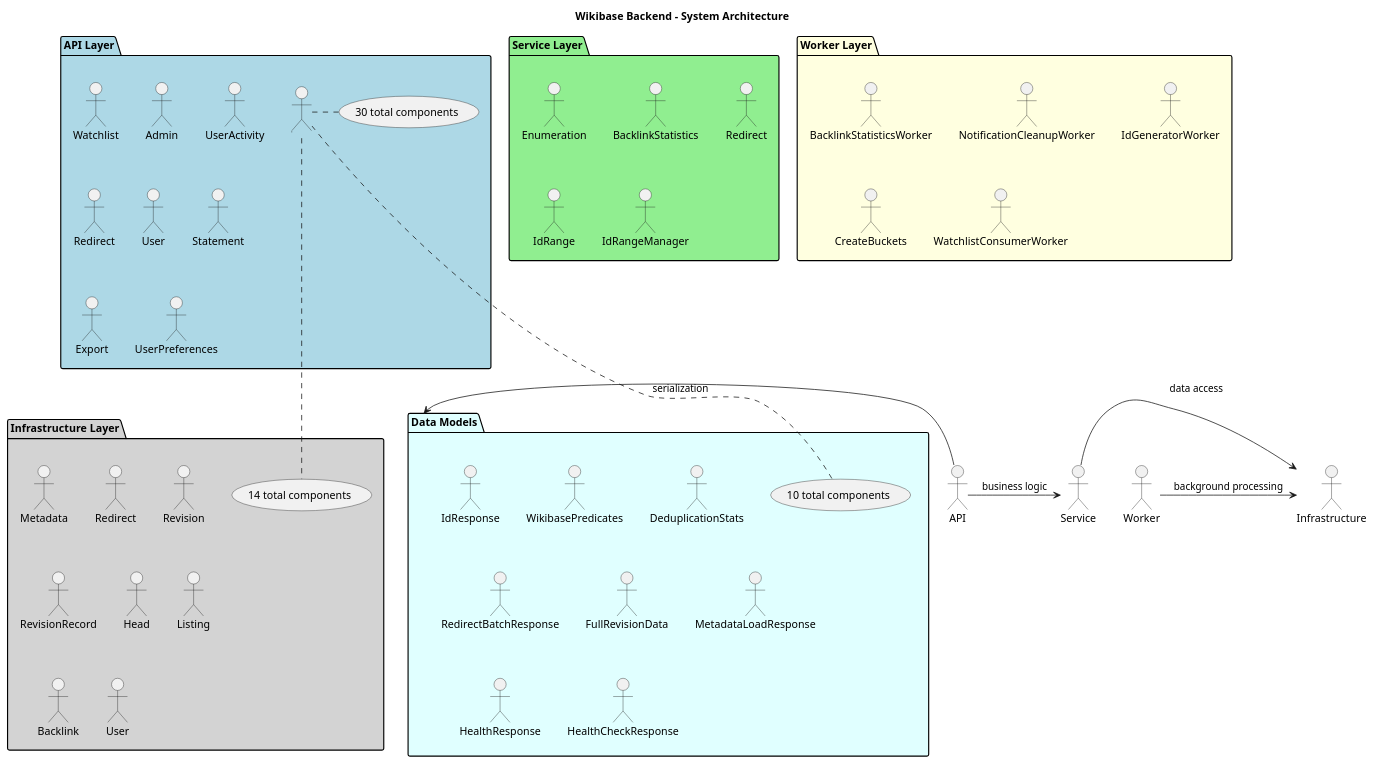
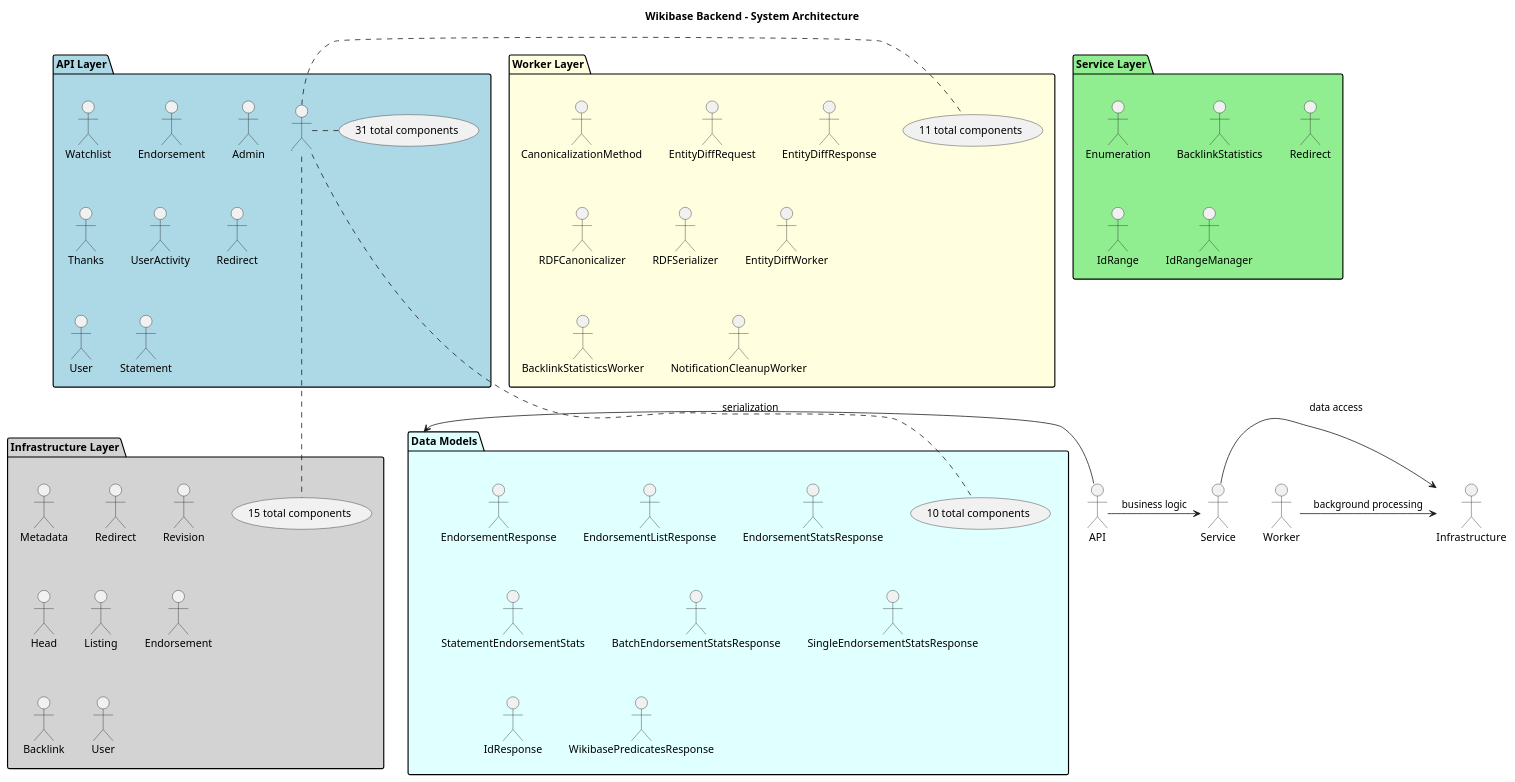
The diagram in doc/DIAGRAMS/system_architecture.puml (dpriskorn/entitybase-backend), drawn with PlantUML before and after one commit. The commit also changed 12 other files, not shown here.

```diff
--- a/doc/DIAGRAMS/system_architecture.puml
+++ b/doc/DIAGRAMS/system_architecture.puml
@@ -1,64 +1,68 @@
 @startuml System Architecture
 
 title Wikibase Backend - System Architecture
 
 package "API Layer" as APILayer #LightBlue {
     "Watchlist" as WatchlistHandler
+    "Endorsement" as EndorsementHandler
     "Admin" as AdminHandler
+    "Thanks" as ThanksHandler
     "UserActivity" as UserActivityHandler
     "Redirect" as RedirectHandler
     "User" as UserHandler
     "Statement" as StatementHandler
-    "Export" as ExportHandler
-    "UserPreferences" as UserPreferencesHandler
-    ... (30 total components)
+    ... (31 total components)
 }
 
 package "Service Layer" as ServiceLayer #LightGreen {
     "Enumeration" as EnumerationService
     "BacklinkStatistics" as BacklinkStatisticsService
     "Redirect" as RedirectService
     "IdRange" as IdRange
     "IdRangeManager" as IdRangeManager
 }
 
 package "Worker Layer" as WorkerLayer #LightYellow {
+    "CanonicalizationMethod" as CanonicalizationMethod
+    "EntityDiffRequest" as EntityDiffRequest
+    "EntityDiffResponse" as EntityDiffResponse
+    "RDFCanonicalizer" as RDFCanonicalizer
+    "RDFSerializer" as RDFSerializer
+    "EntityDiffWorker" as EntityDiffWorker
     "BacklinkStatisticsWorker" as BacklinkStatisticsWorker
     "NotificationCleanupWorker" as NotificationCleanupWorker
-    "IdGeneratorWorker" as IdGeneratorWorker
-    "CreateBuckets" as CreateBuckets
-    "WatchlistConsumerWorker" as WatchlistConsumerWorker
+    ... (11 total components)
 }
 
 package "Infrastructure Layer" as InfrastructureLayer #LightGray {
     "Metadata" as MetadataRepository
     "Redirect" as RedirectRepository
     "Revision" as RevisionRepository
-    "RevisionRecord" as RevisionRecord
     "Head" as HeadRepository
     "Listing" as ListingRepository
+    "Endorsement" as EndorsementRepository
     "Backlink" as BacklinkRepository
     "User" as UserRepository
-    ... (14 total components)
+    ... (15 total components)
 }
 
 package "Data Models" as DataModels #LightCyan {
+    "EndorsementResponse" as EndorsementResponse
+    "EndorsementListResponse" as EndorsementListResponse
+    "EndorsementStatsResponse" as EndorsementStatsResponse
+    "StatementEndorsementStats" as StatementEndorsementStats
+    "BatchEndorsementStatsResponse" as BatchEndorsementStatsResponse
+    "SingleEndorsementStatsResponse" as SingleEndorsementStatsResponse
     "IdResponse" as IdResponse
-    "WikibasePredicates" as WikibasePredicates
-    "DeduplicationStats" as DeduplicationStats
-    "RedirectBatchResponse" as RedirectBatchResponse
-    "FullRevisionData" as FullRevisionData
-    "MetadataLoadResponse" as MetadataLoadResponse
-    "HealthResponse" as HealthResponse
-    "HealthCheckResponse" as HealthCheckResponse
+    "WikibasePredicatesResponse" as WikibasePredicatesResponse
     ... (10 total components)
 }
 
 
 ' Relationships
 API -> Service : business logic
 Service -> Infrastructure : data access
 Worker -> Infrastructure : background processing
 API -> DataModels : serialization
 
 @enduml
```
